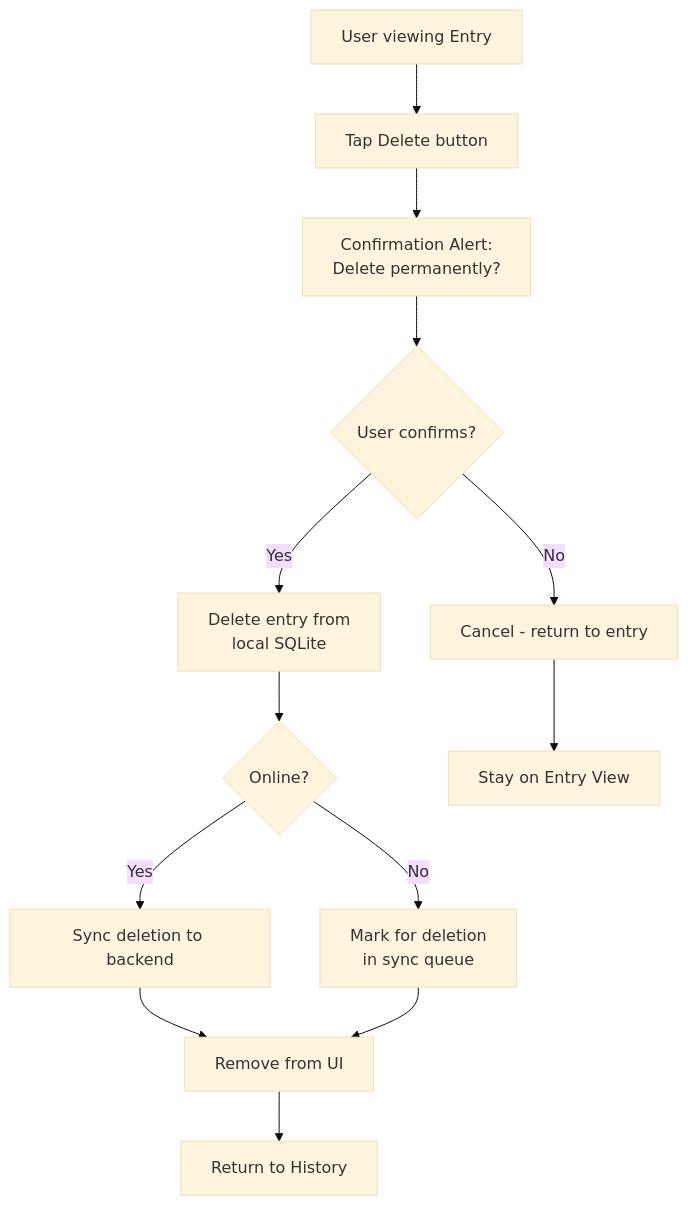
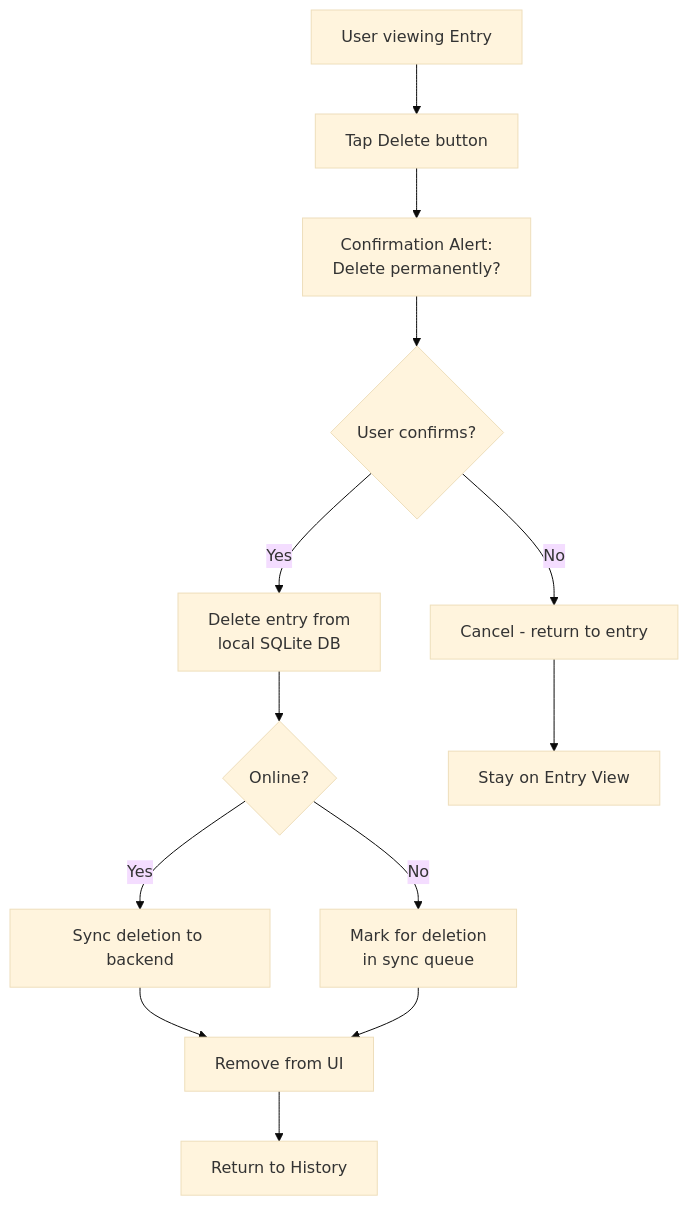
The fifth of 9 diagrams in feature-design/02. Jounral Feature/01-JOURNALING-FLOWS.md (Nhatdien/tranquara_frontend), drawn with Mermaid (base theme) before and after one commit. The commit also changed other lines of this file and 18 other files, not shown here.

````diff
--- a/feature-design/02. Jounral Feature/01-JOURNALING-FLOWS.md
+++ b/feature-design/02. Jounral Feature/01-JOURNALING-FLOWS.md
@@ -129,15 +129,15 @@
 ```mermaid
 flowchart TD
     A[User viewing Entry] --> B[Tap Delete button]
     B --> C[Confirmation Alert:<br/>Delete permanently?]
     C --> D{User confirms?}
-    D -->|Yes| E[Delete entry from<br/>local SQLite]
+    D -->|Yes| E[Delete entry from<br/>local SQLite DB]
     D -->|No| F[Cancel - return to entry]
     E --> G{Online?}
     G -->|Yes| H[Sync deletion to backend]
     G -->|No| I[Mark for deletion<br/>in sync queue]
     H --> J[Remove from UI]
     I --> J
     J --> K[Return to History]
     F --> L[Stay on Entry View]
 ```
````
